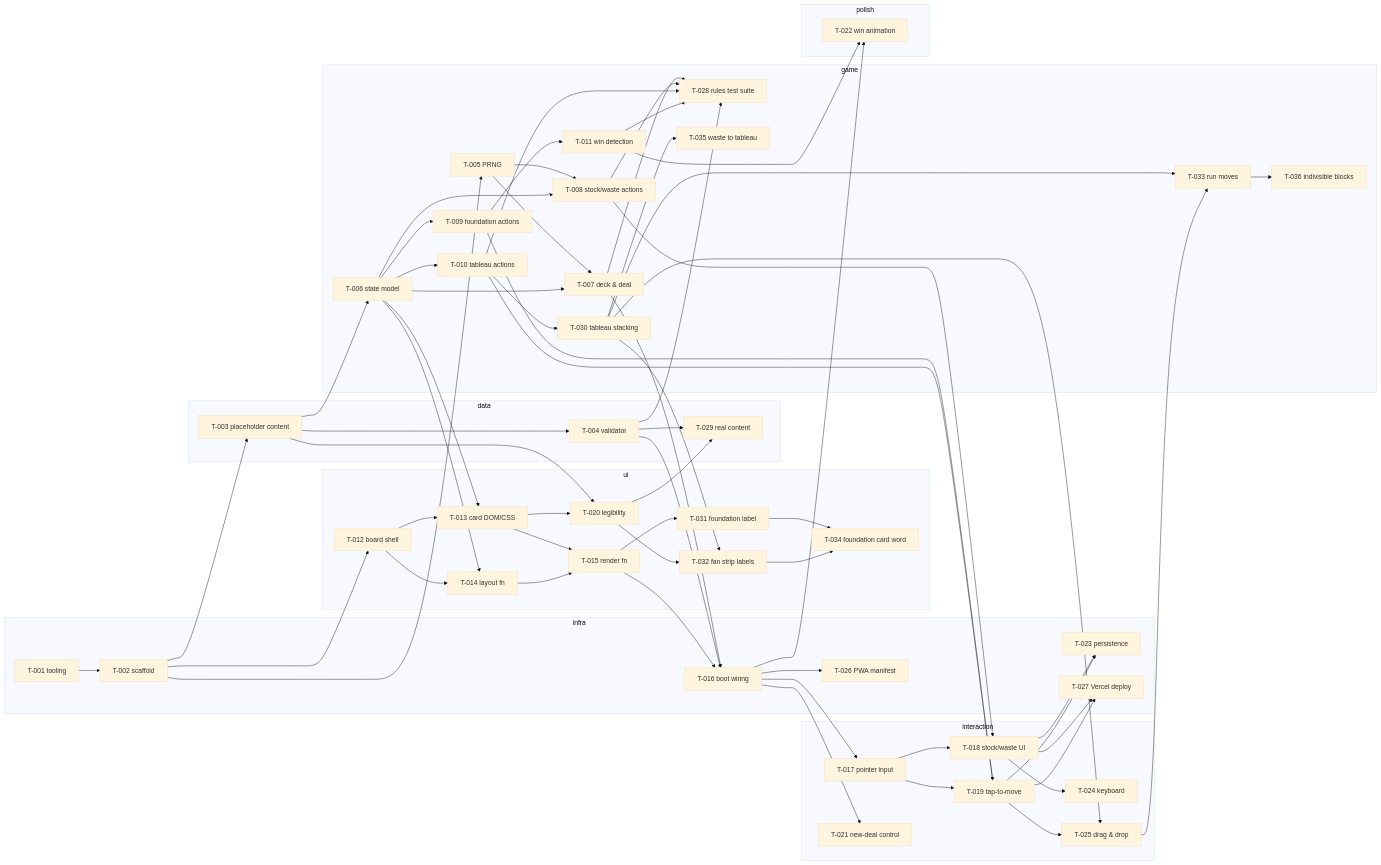
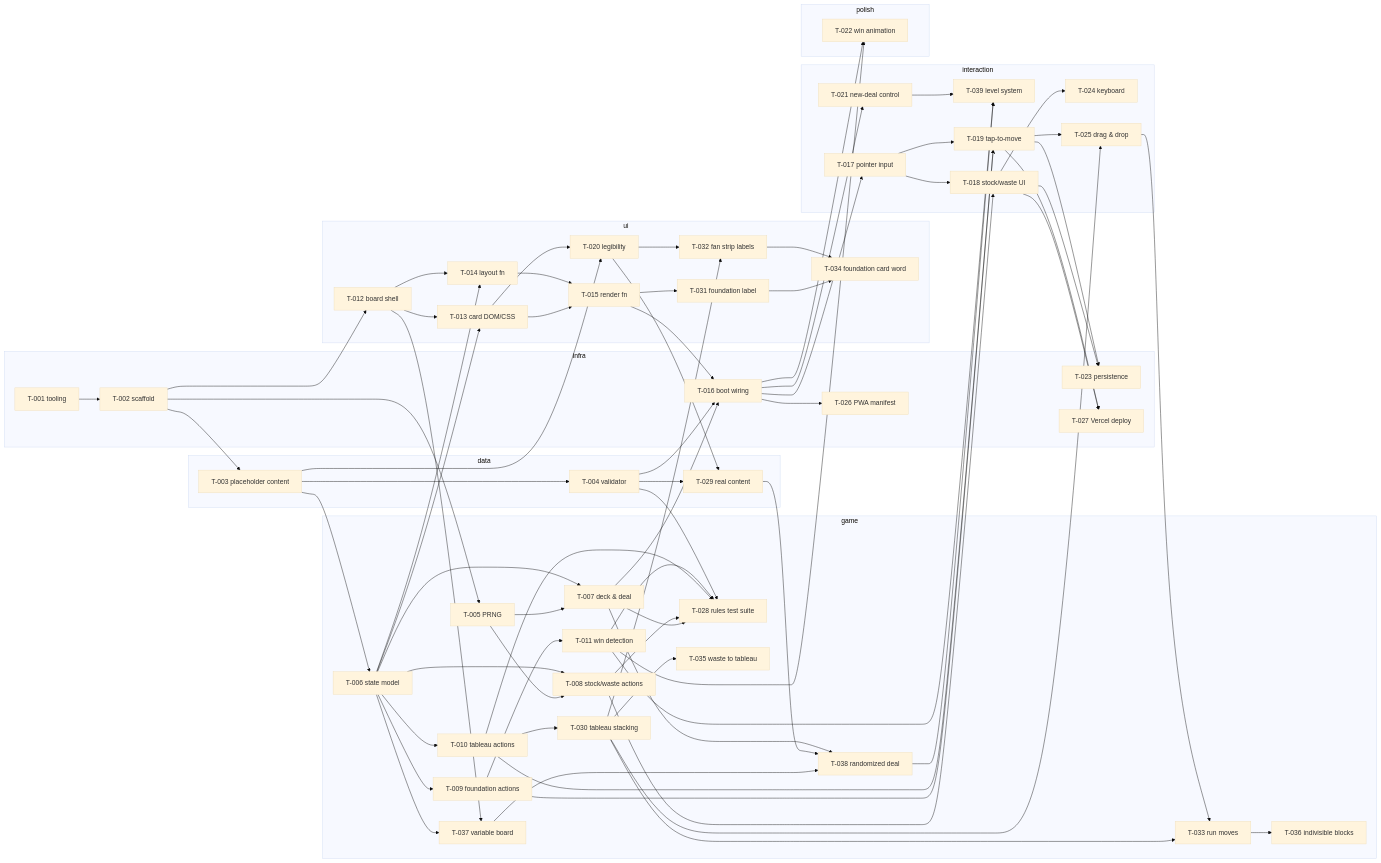
The diagram in backlog/README.md (rainierraydan/word-solitaire-game), drawn with Mermaid (base theme) before and after one commit. The commit also changed other lines of this file and 24 other files, not shown here.

Commit message:
feat: add level system with variable boards and randomized deals

```diff
--- a/backlog/README.md
+++ b/backlog/README.md
@@ -110,6 +113,8 @@
     T033[T-033 run moves]
     T035[T-035 waste to tableau]
     T036[T-036 indivisible blocks]
+    T037[T-037 variable board]
+    T038[T-038 randomized deal]
   end
   subgraph ui
     T012[T-012 board shell]
@@ -123,6 +128,7 @@
   end
   subgraph interaction
     T017[T-017 pointer input]
+    T039[T-039 level system]
     T018[T-018 stock/waste UI]
     T019[T-019 tap-to-move]
     T021[T-021 new-deal control]
@@ -168,6 +174,14 @@
   T032 --> T034
   T030 --> T035
   T033 --> T036
+  T006 --> T037
+  T012 --> T037
+  T037 --> T038
+  T029 --> T038
+  T007 --> T038
+  T038 --> T039
+  T011 --> T039
+  T021 --> T039
   T010 --> T028
   T011 --> T022
   T011 --> T028
```
